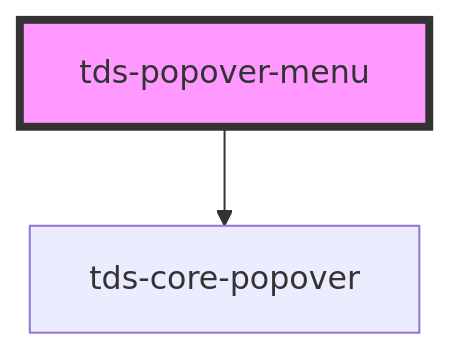
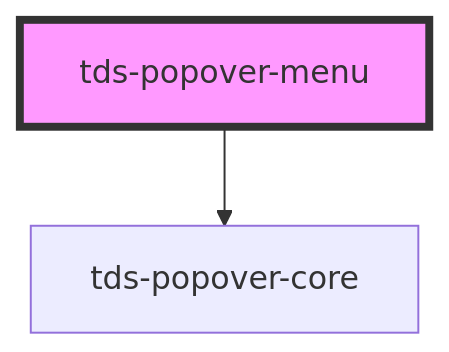
Before and after one commit to scania-digital-design-system/tegel: the diagram in core/src/components/popover-menu/readme.md, drawn with Mermaid. The commit also changed other lines of this file and 9 other files, not shown here.

Commit message:
refactor(popover-core): rename and move

````diff
--- a/core/src/components/popover-menu/readme.md
+++ b/core/src/components/popover-menu/readme.md
@@ -34,5 +34,5 @@
 ```mermaid
 graph TD;
-  tds-popover-menu --> tds-core-popover
+  tds-popover-menu --> tds-popover-core
   style tds-popover-menu fill:#f9f,stroke:#333,stroke-width:4px
 ```
````
